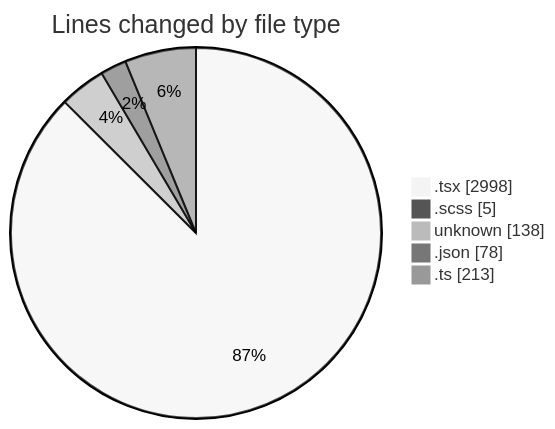
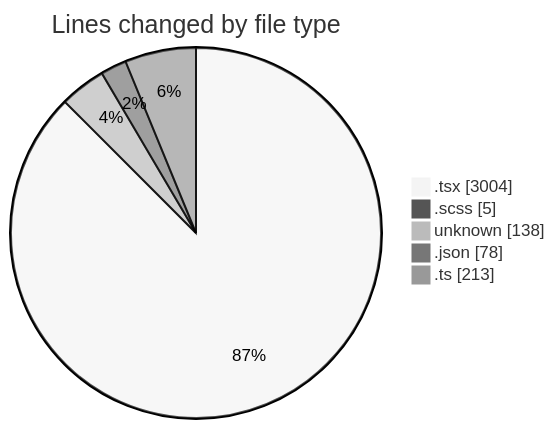
Before and after one commit to momahboobian/code-tracking: the first of 2 diagrams in 2026-10-13/cda/README.md, drawn with Mermaid (neutral theme). The commit also changed other lines of this file and 1 other file, not shown here.

````diff
--- a/2026-10-13/cda/README.md
+++ b/2026-10-13/cda/README.md
@@ -39,9 +39,9 @@
 ```mermaid
 pie showData
 title Lines changed by file type
-".tsx" : 2998
+".tsx" : 3004
 ".scss" : 5
 "unknown" : 138
 ".json" : 78
 ".ts" : 213
 ```
````
